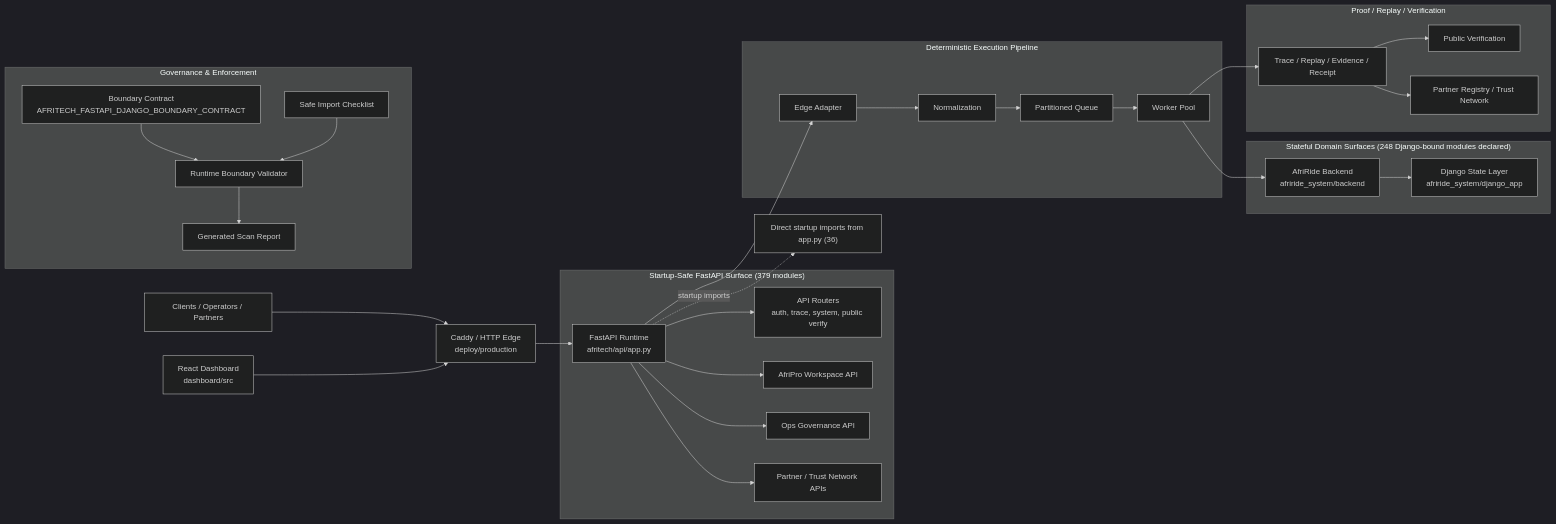
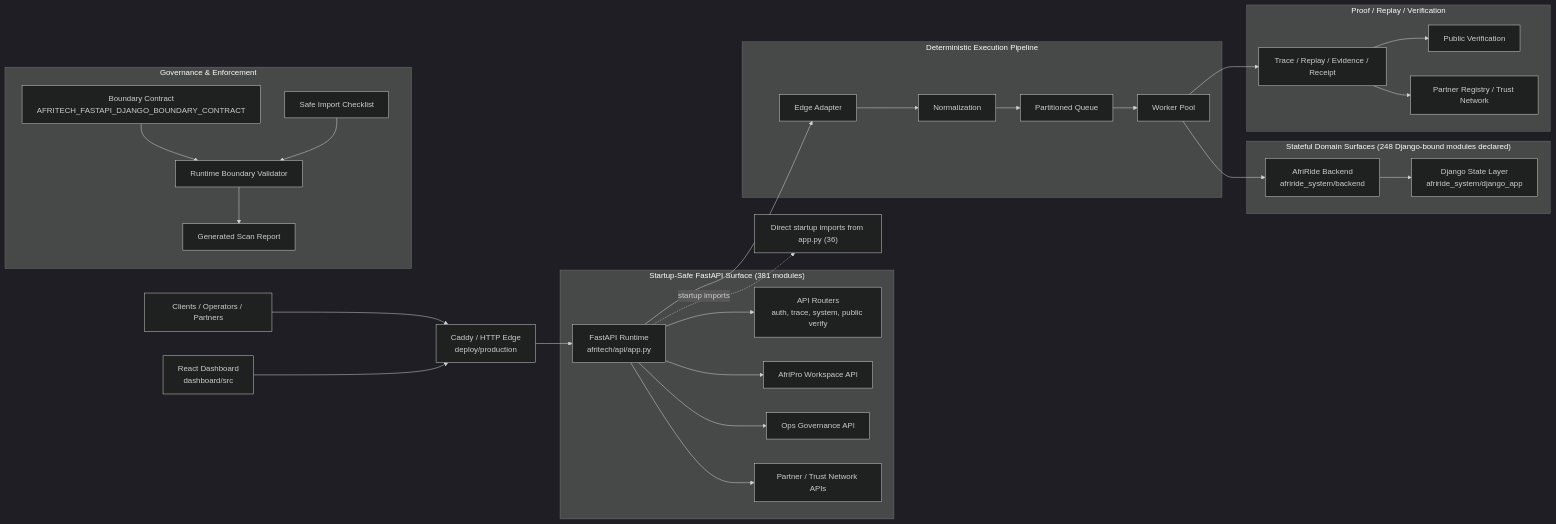
One commit to Strelly2023/afritelematics changed the first of 2 diagrams in docs/architecture/AFRITECH_FULL_ARCHITECTURE_GRAPH.md. Above: the diagram before and after it, drawn with Mermaid (dark theme). The commit also changed other lines of this file and 19 other files, not shown here.

````diff
--- a/docs/architecture/AFRITECH_FULL_ARCHITECTURE_GRAPH.md
+++ b/docs/architecture/AFRITECH_FULL_ARCHITECTURE_GRAPH.md
@@ -22,39 +22,39 @@
 ```mermaid
 flowchart LR
     Client["Clients / Operators / Partners"] --> Edge["Caddy / HTTP Edge\ndeploy/production"]
     Dashboard["React Dashboard\ndashboard/src"] --> Edge
     Edge --> App["FastAPI Runtime\nafritech/api/app.py"]
 
-    subgraph FastAPI["Startup-Safe FastAPI Surface (379 modules)"]
+    subgraph FastAPI["Startup-Safe FastAPI Surface (381 modules)"]
         App --> Api["API Routers\nauth, trace, system, public verify"]
         App --> Workspace["AfriPro Workspace API"]
         App --> Governance["Ops Governance API"]
         App --> Trust["Partner / Trust Network APIs"]
     end
 
     subgraph Pipeline["Deterministic Execution Pipeline"]
         App --> Adapt["Edge Adapter"]
         Adapt --> Normalize["Normalization"]
         Normalize --> Queue["Partitioned Queue"]
         Queue --> Worker["Worker Pool"]
     end
 
     subgraph State["Stateful Domain Surfaces (248 Django-bound modules declared)"]
         Worker --> Domain["AfriRide Backend\nafriride_system/backend"]
         Domain --> Django["Django State Layer\nafriride_system/django_app"]
     end
 
     subgraph Proof["Proof / Replay / Verification"]
         Worker --> Trace["Trace / Replay / Evidence / Receipt"]
         Trace --> Public["Public Verification"]
         Trace --> Registry["Partner Registry / Trust Network"]
     end
 
     subgraph GovernancePlane["Governance & Enforcement"]
         Contract["Boundary Contract\nAFRITECH_FASTAPI_DJANGO_BOUNDARY_CONTRACT"] --> Validator["Runtime Boundary Validator"]
         Checklist["Safe Import Checklist"] --> Validator
         Validator --> Review["Generated Scan Report"]
     end
 
     App -. startup imports .-> Imports["Direct startup imports from app.py (36)"]
 ```
````
